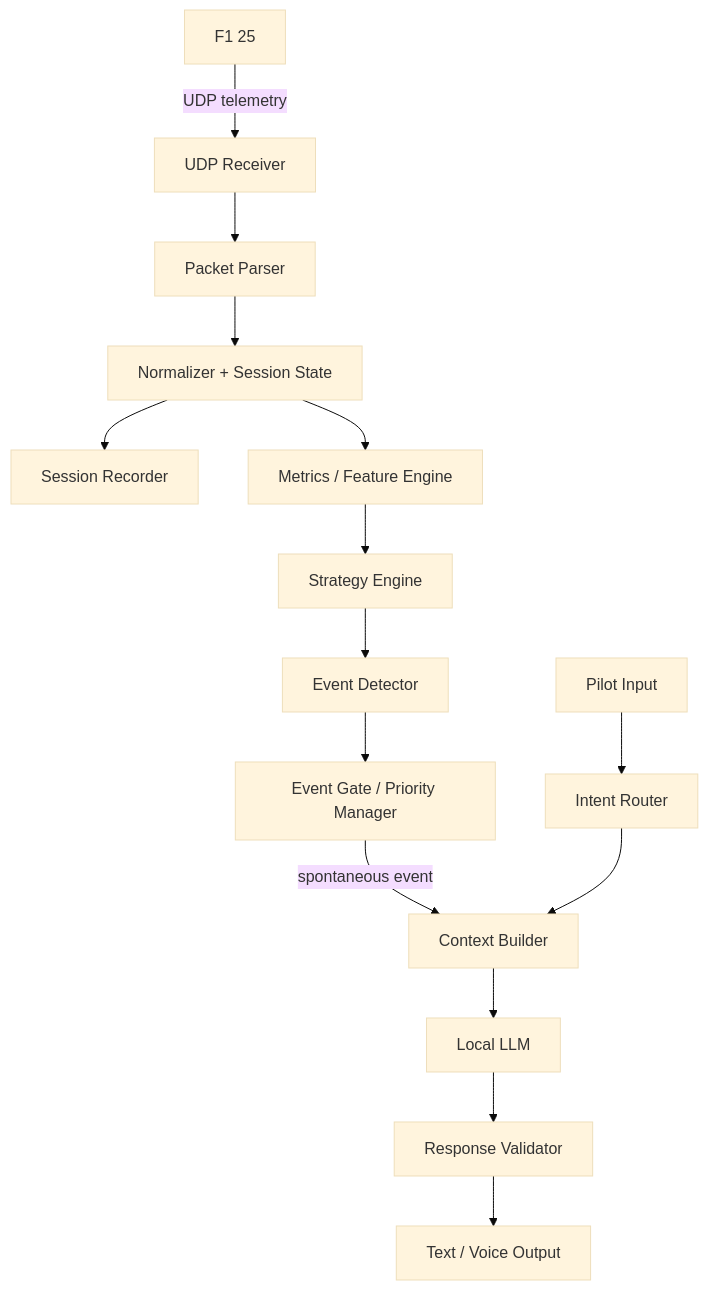
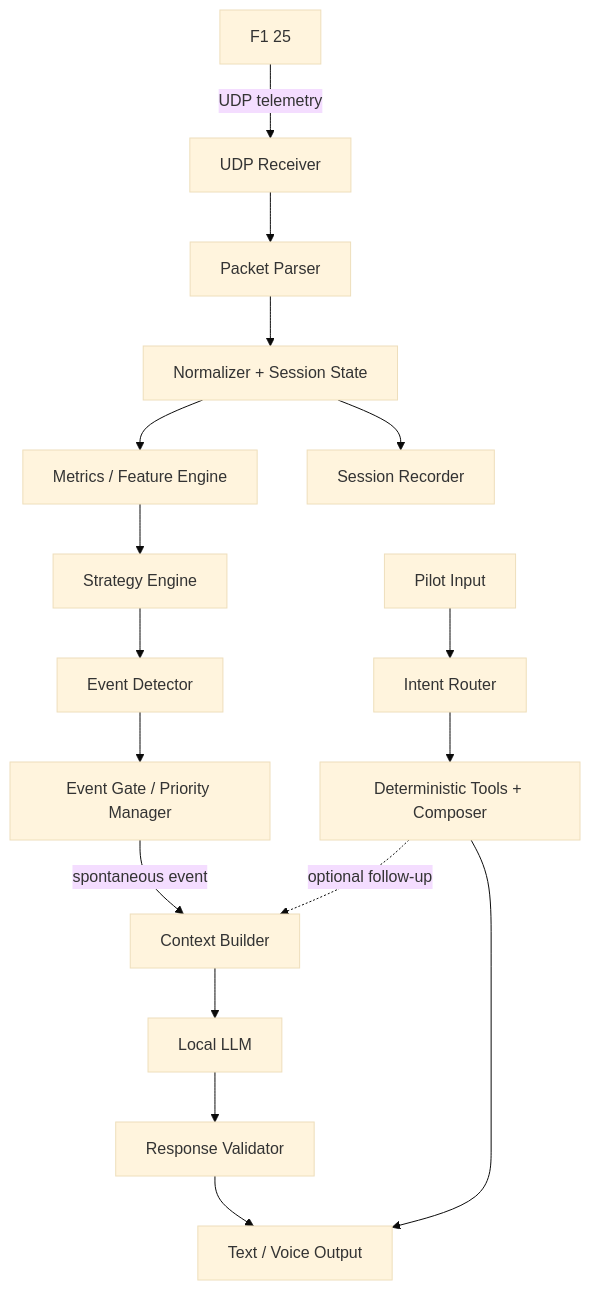
One commit to nirojasmar/f1-strategist changed the first of 4 diagrams in docs/outline_tecnico_ingeniero_carrera_f1_25.md. Above: the diagram before and after it, drawn with Mermaid (base theme). The commit also changed other lines of this file and 2 other files, not shown here.

Commit message:
Enhance documentation on SQLite storage and update pilot script tests for deterministic behavior

````diff
--- a/docs/outline_tecnico_ingeniero_carrera_f1_25.md
+++ b/docs/outline_tecnico_ingeniero_carrera_f1_25.md
@@ -27,17 +27,19 @@
 ```mermaid
 flowchart TD
     F1["F1 25"] -->|"UDP telemetry"| RX["UDP Receiver"]
     RX --> P["Packet Parser"]
     P --> NS["Normalizer + Session State"]
     NS --> REC["Session Recorder"]
     NS --> M["Metrics / Feature Engine"]
     M --> S["Strategy Engine"]
     S --> E["Event Detector"]
     E --> G["Event Gate / Priority Manager"]
     PI["Pilot Input"] --> IR["Intent Router"]
     G -->|"spontaneous event"| CB["Context Builder"]
-    IR --> CB
+    IR --> DT["Deterministic Tools + Composer"]
+    DT --> OUT["Text / Voice Output"]
+    DT -.->|"optional follow-up"| CB
     CB --> LLM["Local LLM"]
     LLM --> RV["Response Validator"]
-    RV --> OUT["Text / Voice Output"]
+    RV --> OUT
 ```
````
